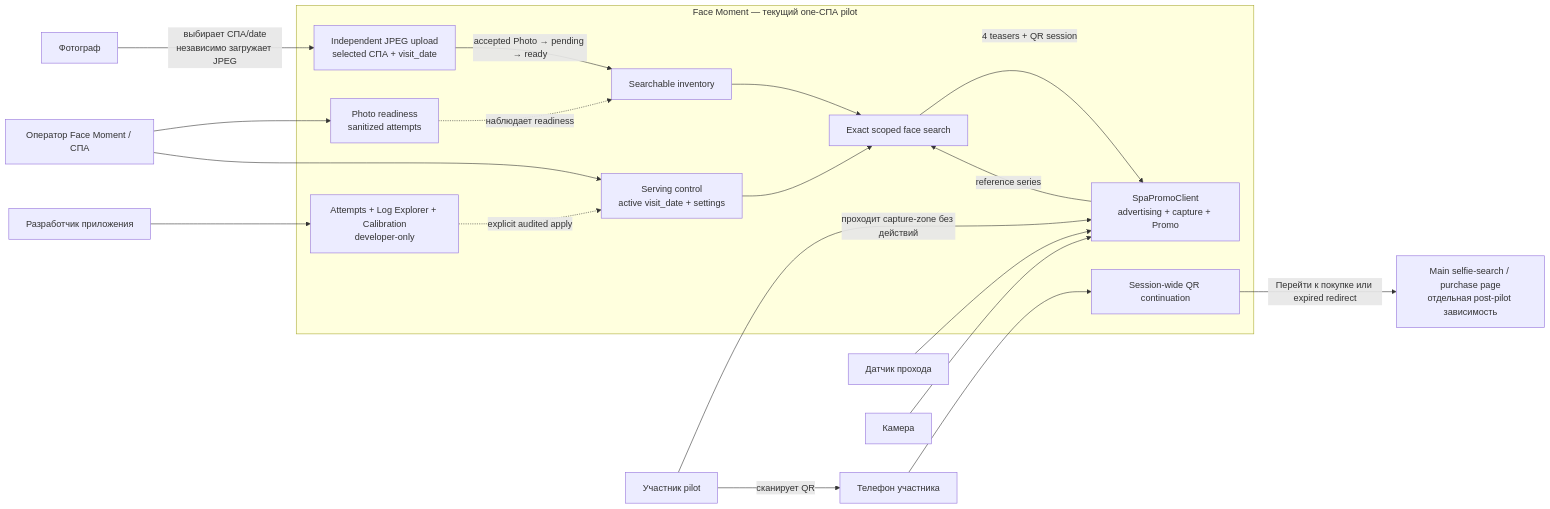
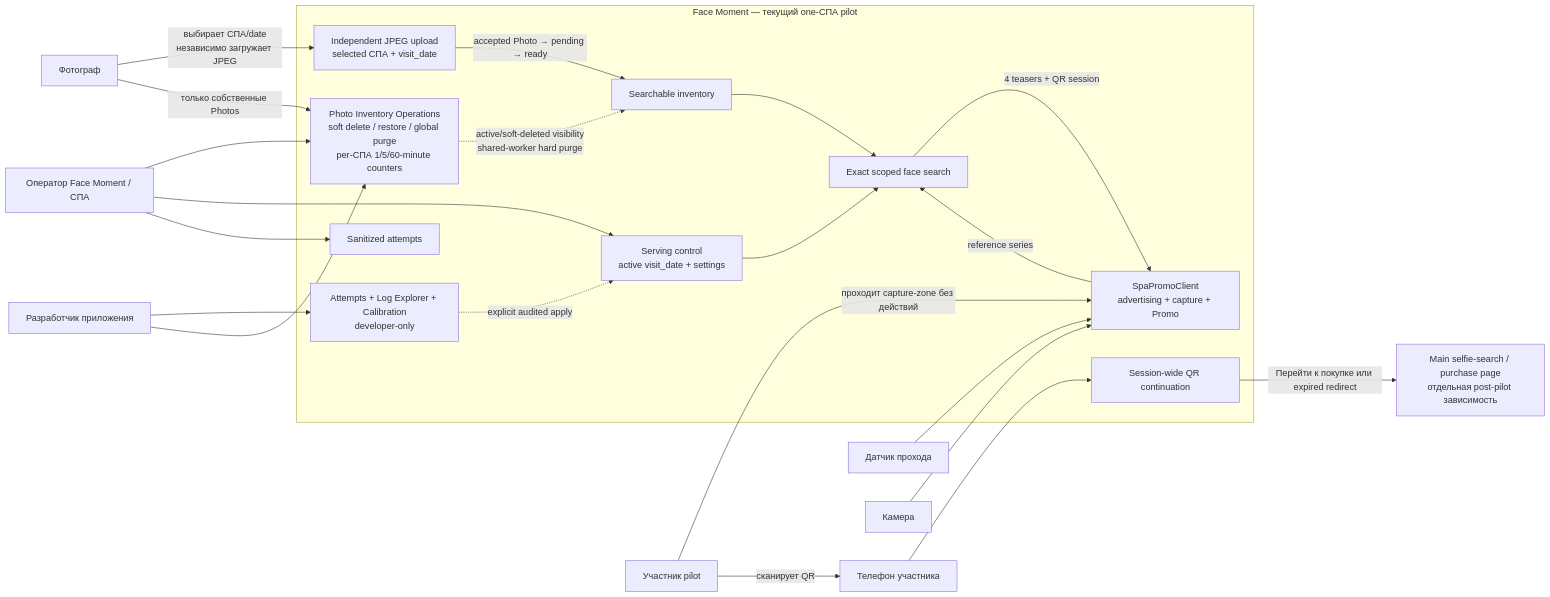
One commit to nicelight/face_moment changed the diagram in mermaids/01-product-context.md. Above: the diagram before and after it, drawn with Mermaid. The commit also changed other lines of this file and 43 other files, not shown here.

````diff
--- a/mermaids/01-product-context.md
+++ b/mermaids/01-product-context.md
@@ -5,43 +5,47 @@
 ```mermaid
 flowchart LR
     photographer["Фотограф"]
     participant["Участник pilot"]
     operator["Оператор Face Moment / СПА"]
     developer["Разработчик приложения"]
     sensor["Датчик прохода"]
     camera["Камера"]
     phone["Телефон участника"]
     future["Main selfie-search / purchase page<br/>отдельная post-pilot зависимость"]
 
     subgraph fm["Face Moment — текущий one-СПА pilot"]
         upload["Independent JPEG upload<br/>selected СПА + visit_date"]
         inventory["Searchable inventory"]
         serving["Serving control<br/>active visit_date + settings"]
         promo_client["SpaPromoClient<br/>advertising + capture + Promo"]
         search["Exact scoped face search"]
         continuation["Session-wide QR continuation"]
-        operations["Photo readiness<br/>sanitized attempts"]
+        operations["Photo Inventory Operations<br/>soft delete / restore / global purge<br/>per-СПА 1/5/60-minute counters"]
+        attempt_view["Sanitized attempts"]
         diagnostics["Attempts + Log Explorer + Calibration<br/>developer-only"]
     end
 
     photographer -->|"выбирает СПА/date<br/>независимо загружает JPEG"| upload
     upload -->|"accepted Photo → pending → ready"| inventory
 
     sensor --> promo_client
     camera --> promo_client
     participant -->|"проходит capture-zone без действий"| promo_client
     promo_client -->|"reference series"| search
     inventory --> search
     serving --> search
     search -->|"4 teasers + QR session"| promo_client
 
     participant -->|"сканирует QR"| phone
     phone --> continuation
     continuation -->|"Перейти к покупке или expired redirect"| future
 
     operator --> operations
     operator --> serving
+    operator --> attempt_view
+    photographer -->|"только собственные Photos"| operations
     developer --> diagnostics
-    operations -.->|"наблюдает readiness"| inventory
+    developer --> operations
+    operations -.->|"active/soft-deleted visibility<br/>shared-worker hard purge"| inventory
     diagnostics -.->|"explicit audited apply"| serving
 ```
````
